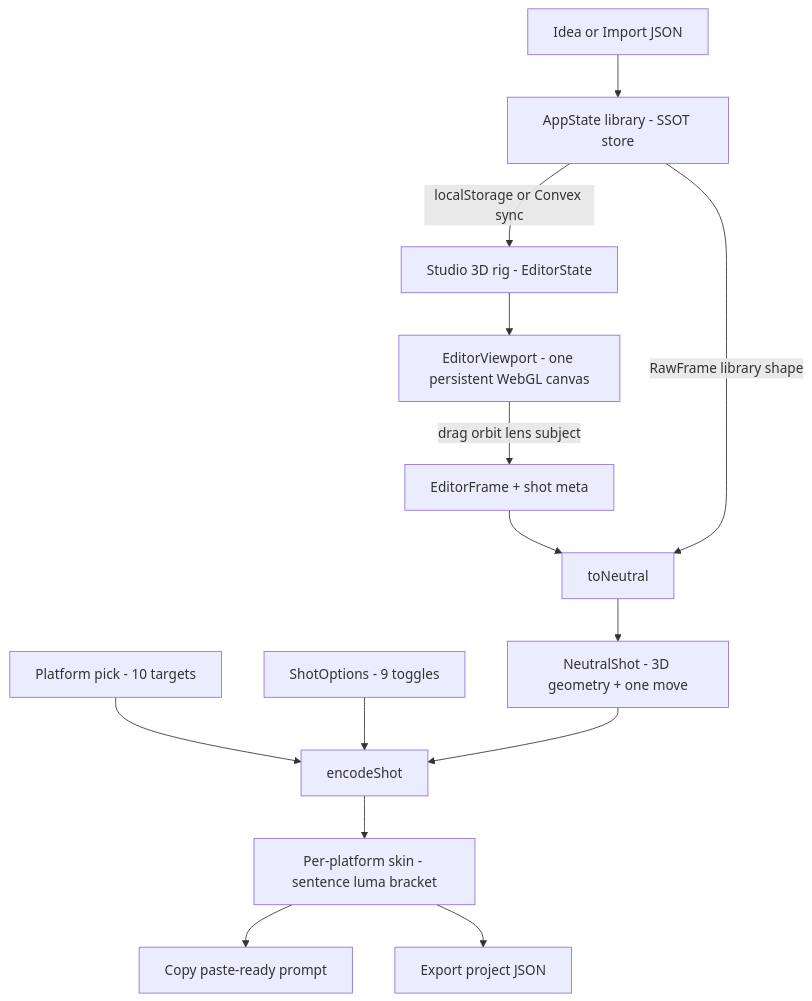
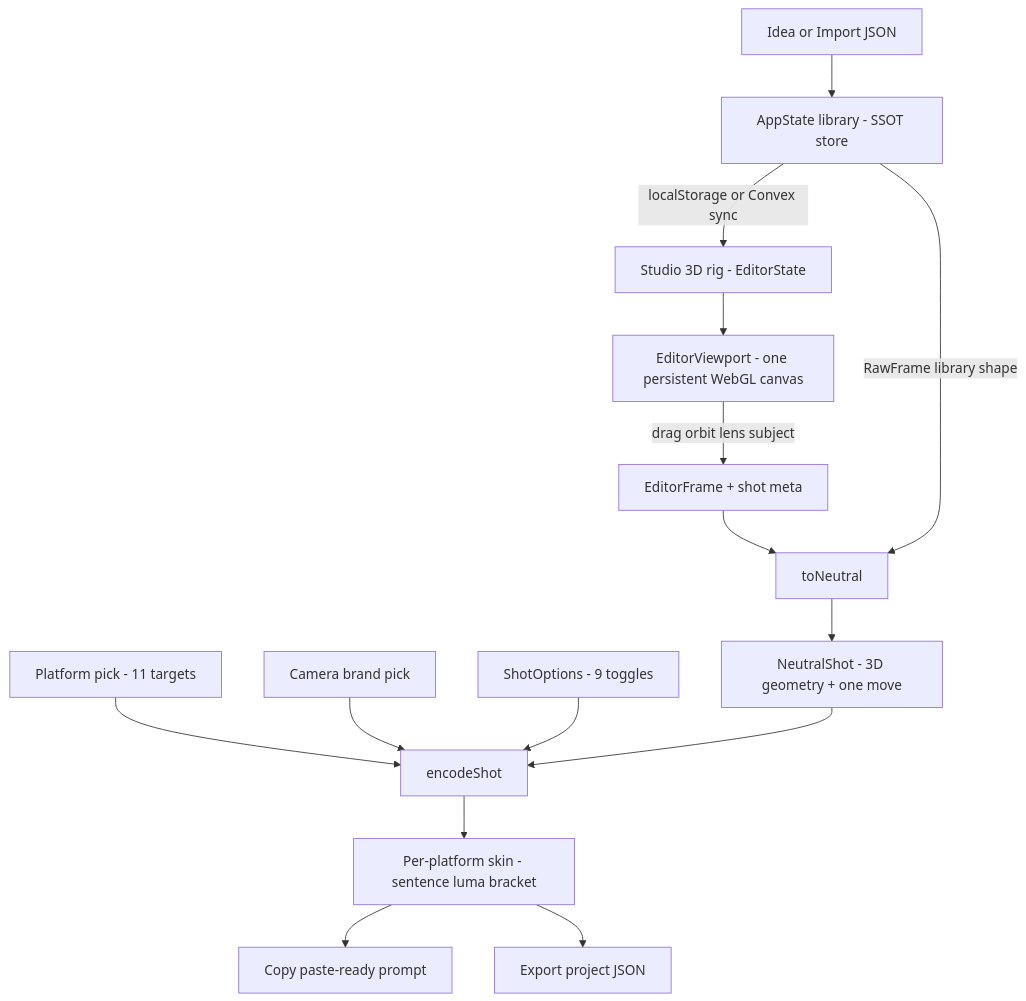
Before and after one commit to rahmanef63/framepilot: the diagram in README.md, drawn with Mermaid. The commit also changed other lines of this file and 8 other files, not shown here.

````diff
--- a/README.md
+++ b/README.md
@@ -57,16 +70,17 @@
 ```mermaid
 flowchart TD
   A[Idea or Import JSON] --> B[AppState library - SSOT store]
   B -->|localStorage or Convex sync| C[Studio 3D rig - EditorState]
   C --> D[EditorViewport - one persistent WebGL canvas]
   D -->|drag orbit lens subject| E[EditorFrame + shot meta]
   E --> F[toNeutral]
   B -->|RawFrame library shape| F
   F --> G[NeutralShot - 3D geometry + one move]
-  H[Platform pick - 10 targets] --> I[encodeShot]
+  H[Platform pick - 11 targets] --> I[encodeShot]
+  N[Camera brand pick] --> I
   J[ShotOptions - 9 toggles] --> I
   G --> I
   I --> K[Per-platform skin - sentence luma bracket]
   K --> L[Copy paste-ready prompt]
   K --> M[Export project JSON]
 ```
````
